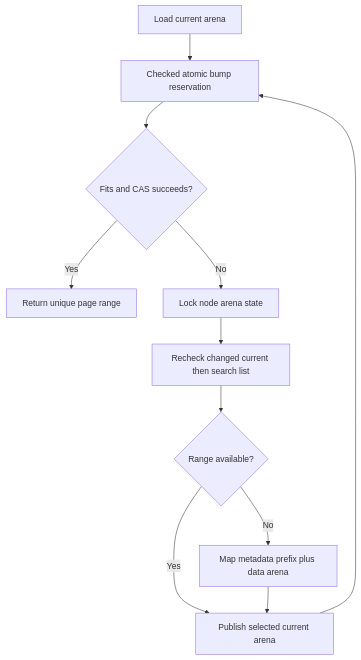
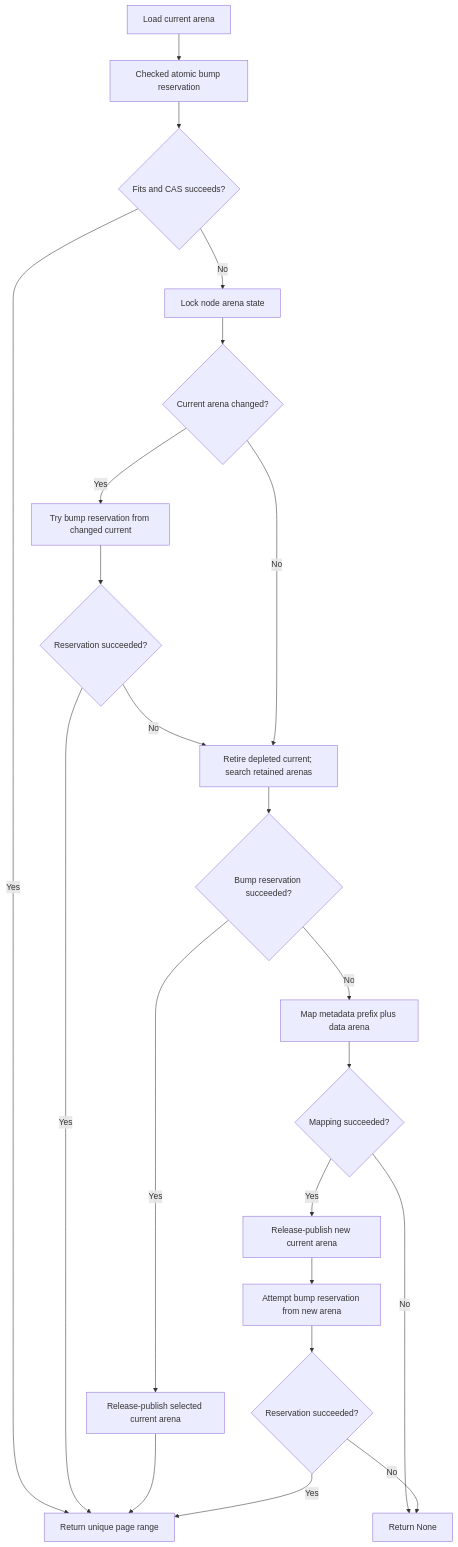
The second of 2 diagrams in book/src/architecture-backing-memory.md (Metehan120/rsmalloc), drawn with Mermaid before and after one commit. The commit also changed other lines of this file and 23 other files, not shown here.

````diff
--- a/book/src/architecture-backing-memory.md
+++ b/book/src/architecture-backing-memory.md
@@ -83,13 +85,24 @@
 ```mermaid
 flowchart TD
     Current[Load current arena] --> CAS[Checked atomic bump reservation]
     CAS --> Result{Fits and CAS succeeds?}
     Result -- Yes --> Return[Return unique page range]
     Result -- No --> Lock[Lock node arena state]
-    Lock --> Recheck[Recheck changed current then search list]
-    Recheck --> Found{Range available?}
-    Found -- Yes --> Publish[Publish selected current arena]
+    Lock --> Changed{Current arena changed?}
+    Changed -- Yes --> Retry[Try bump reservation from changed current]
+    Retry --> Reserved{Reservation succeeded?}
+    Reserved -- Yes --> Return
+    Reserved -- No --> Search[Retire depleted current; search retained arenas]
+    Changed -- No --> Search
+    Search --> Found{Bump reservation succeeded?}
+    Found -- Yes --> Selected[Release-publish selected current arena]
+    Selected --> Return
     Found -- No --> Map[Map metadata prefix plus data arena]
-    Map --> Publish
-    Publish --> CAS
+    Map --> Mapped{Mapping succeeded?}
+    Mapped -- No --> Failure[Return None]
+    Mapped -- Yes --> Publish[Release-publish new current arena]
+    Publish --> NewCAS[Attempt bump reservation from new arena]
+    NewCAS --> NewResult{Reservation succeeded?}
+    NewResult -- Yes --> Return
+    NewResult -- No --> Failure
 ```
````
